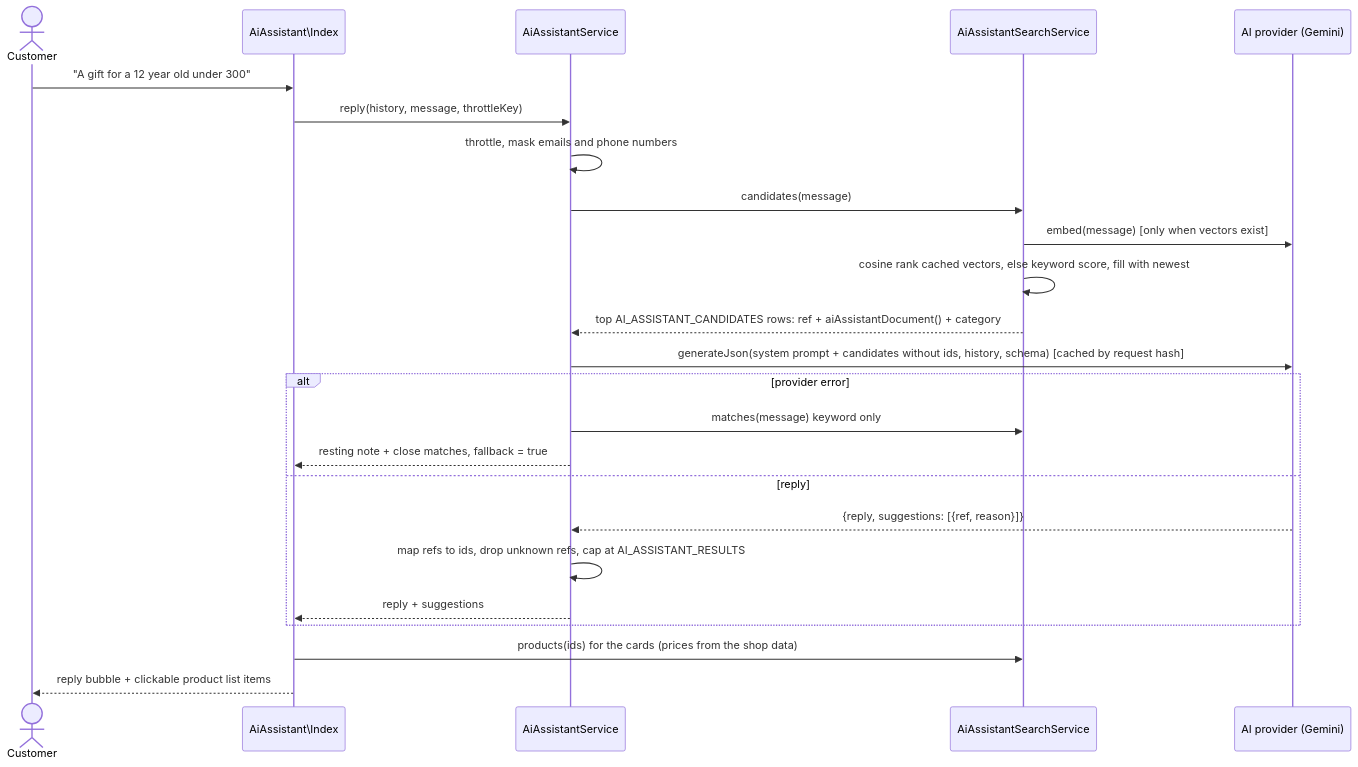
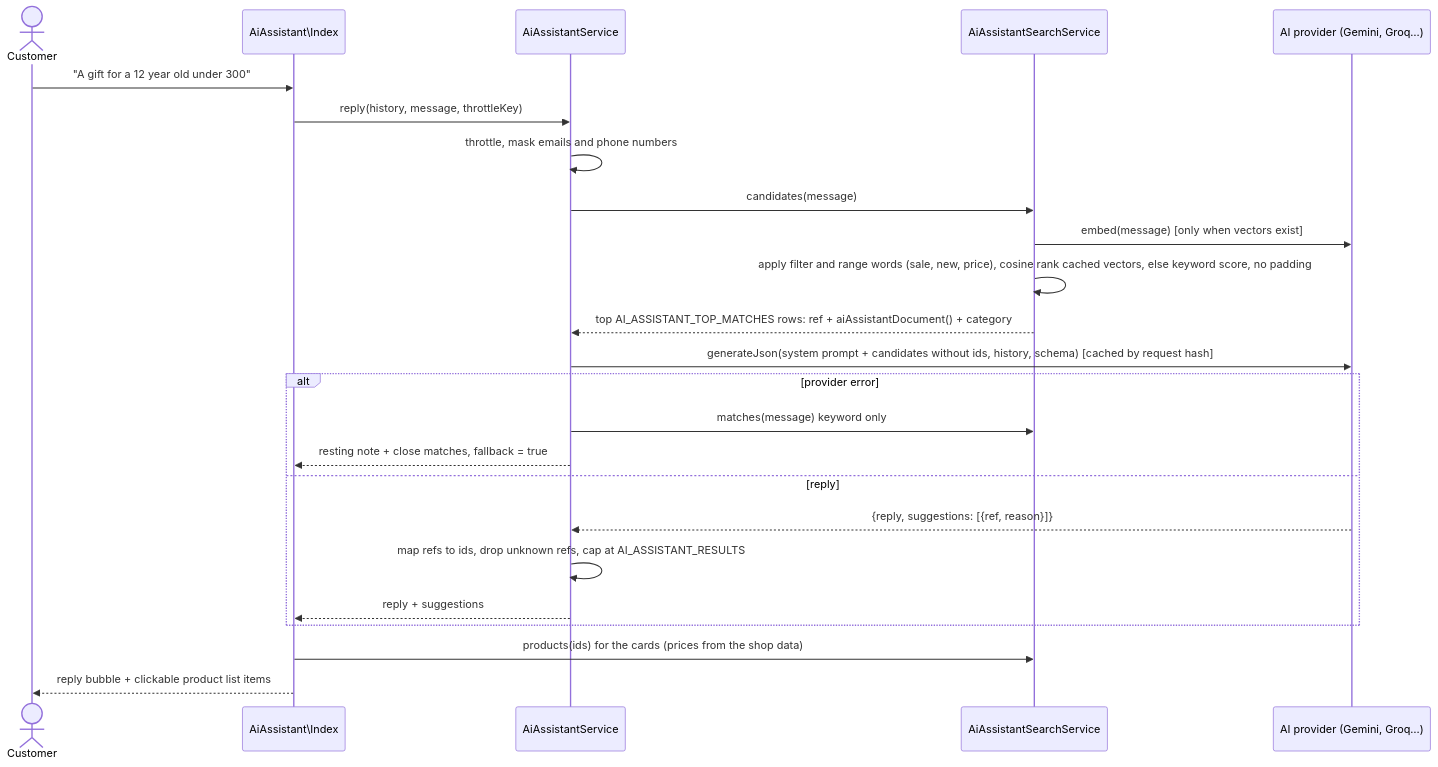
Diagram 11 of 11 in DIAGRAM.md (salehibneomar/amar-ecommerce), drawn with Mermaid before and after one commit. The commit also changed other lines of this file and 25 other files, not shown here.

````diff
--- a/DIAGRAM.md
+++ b/DIAGRAM.md
@@ -622,27 +624,27 @@
 ```mermaid
 sequenceDiagram
     actor C as Customer
     participant LW as AiAssistant\Index
     participant AS as AiAssistantService
     participant SS as AiAssistantSearchService
-    participant P as AI provider (Gemini)
+    participant P as AI provider (Gemini, Groq…)
 
     C->>LW: "A gift for a 12 year old under 300"
     LW->>AS: reply(history, message, throttleKey)
     AS->>AS: throttle, mask emails and phone numbers
     AS->>SS: candidates(message)
     SS->>P: embed(message) [only when vectors exist]
-    SS->>SS: cosine rank cached vectors, else keyword score, fill with newest
-    SS-->>AS: top AI_ASSISTANT_CANDIDATES rows: ref + aiAssistantDocument() + category
+    SS->>SS: apply filter and range words (sale, new, price), cosine rank cached vectors, else keyword score, no padding
+    SS-->>AS: top AI_ASSISTANT_TOP_MATCHES rows: ref + aiAssistantDocument() + category
     AS->>P: generateJson(system prompt + candidates without ids, history, schema) [cached by request hash]
     alt provider error
         AS->>SS: matches(message) keyword only
         AS-->>LW: resting note + close matches, fallback = true
     else reply
         P-->>AS: {reply, suggestions: [{ref, reason}]}
         AS->>AS: map refs to ids, drop unknown refs, cap at AI_ASSISTANT_RESULTS
         AS-->>LW: reply + suggestions
     end
     LW->>SS: products(ids) for the cards (prices from the shop data)
     LW-->>C: reply bubble + clickable product list items
 ```
````
